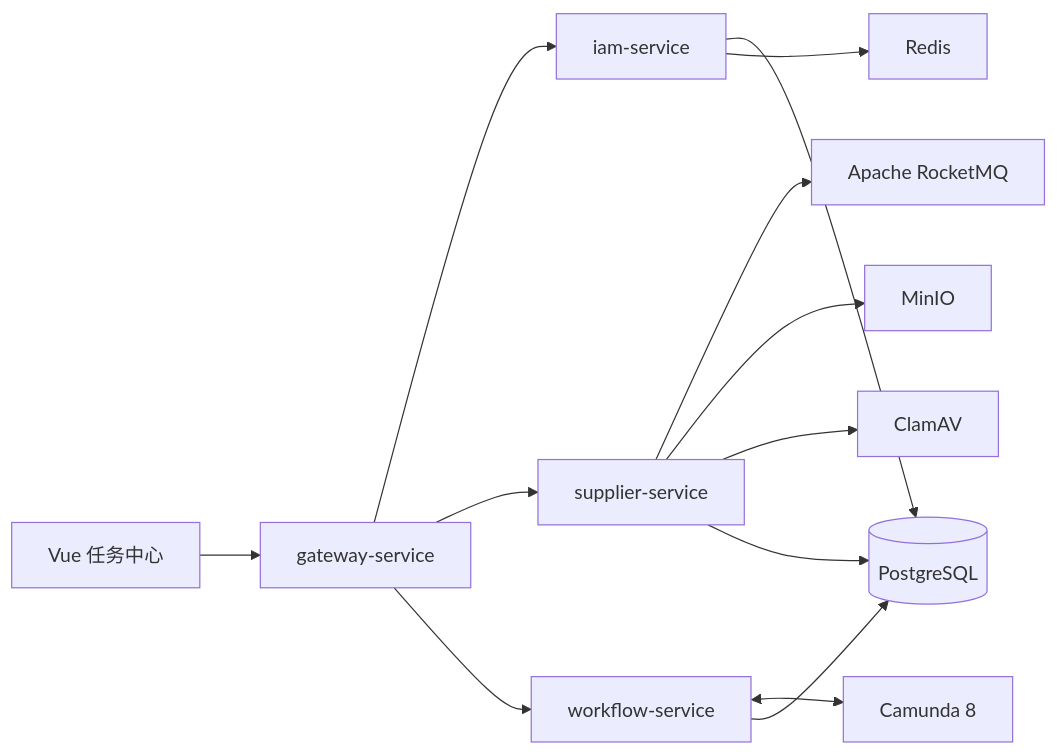
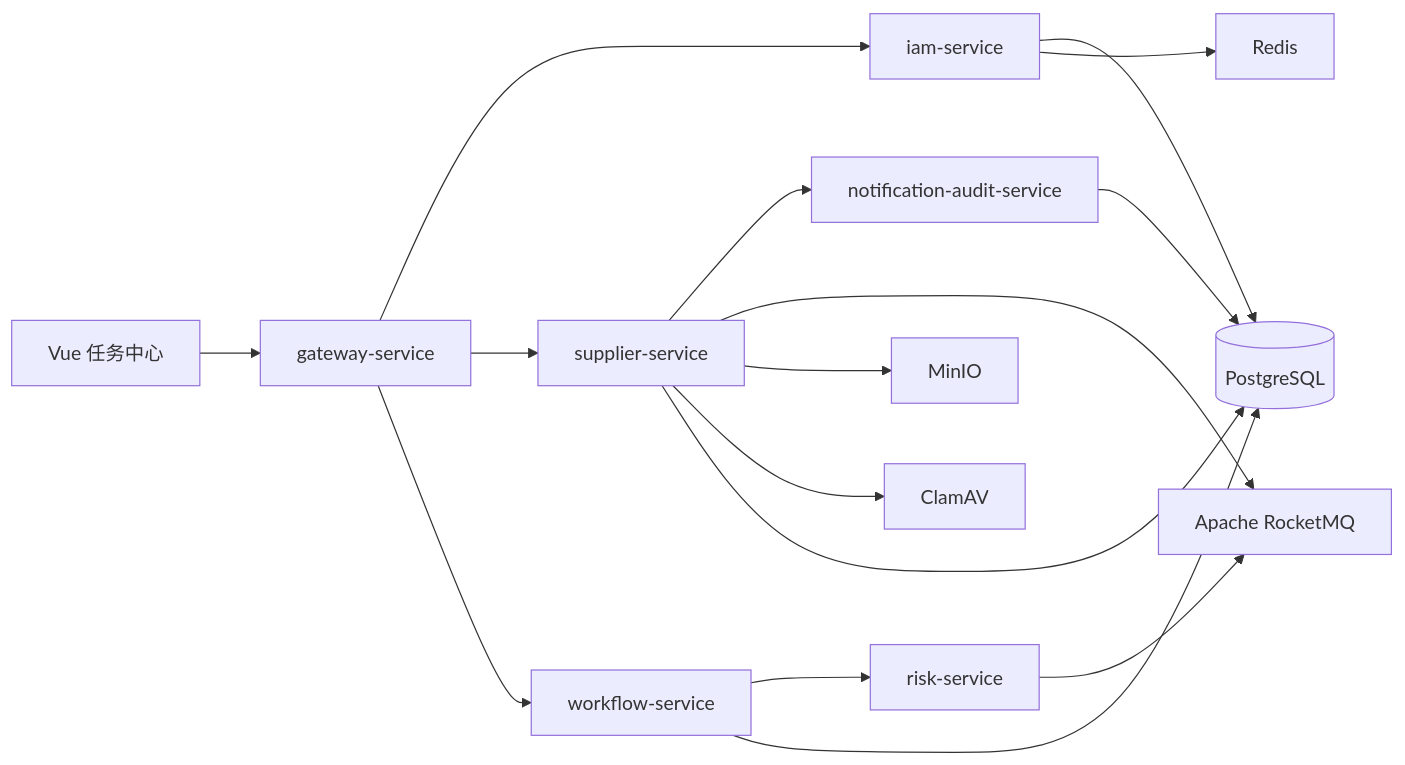
One commit to SeanidHau/FlowMesh changed the diagram in docs/architecture.md. Above: the diagram before and after it, drawn with Mermaid. The commit also changed other lines of this file and 73 other files, not shown here.

Commit message:
feat: complete async risk and notification workflow

````diff
--- a/docs/architecture.md
+++ b/docs/architecture.md
@@ -9,15 +9,18 @@
 ```mermaid
 flowchart LR
   UI[Vue 任务中心] --> GW[gateway-service]
   GW --> IAM[iam-service]
   GW --> SUP[supplier-service]
   GW --> WF[workflow-service]
-  WF <--> CAM[Camunda 8]
+  WF --> RISK[risk-service]
+  RISK --> RMQ[Apache RocketMQ]
+  SUP --> NOTIFY[notification-audit-service]
+  NOTIFY --> PG[(PostgreSQL)]
   SUP --> RMQ[Apache RocketMQ]
   SUP --> MINIO[MinIO]
   SUP --> CLAMAV[ClamAV]
   SUP --> PG[(PostgreSQL)]
   IAM --> PG
   WF --> PG
   IAM --> REDIS[Redis]
 ```
````
